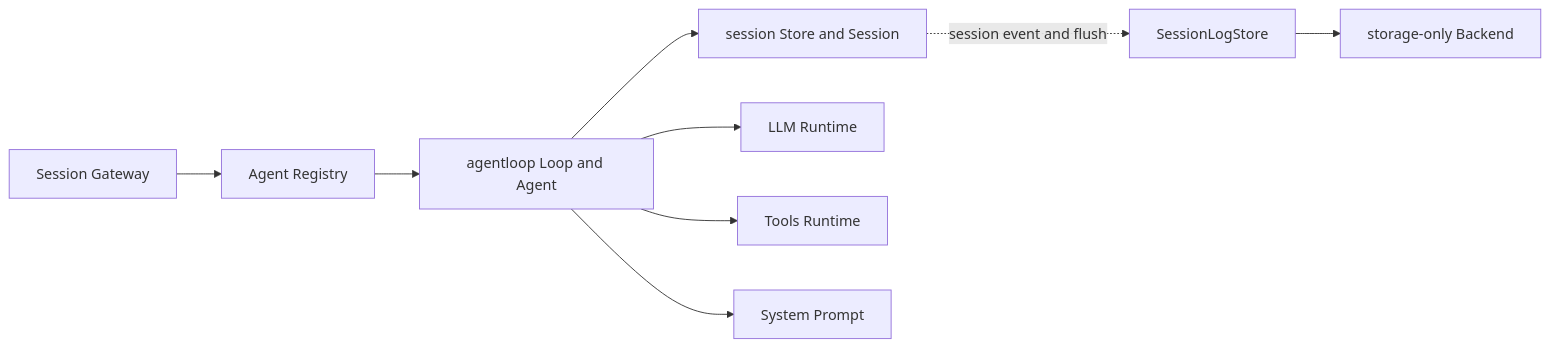
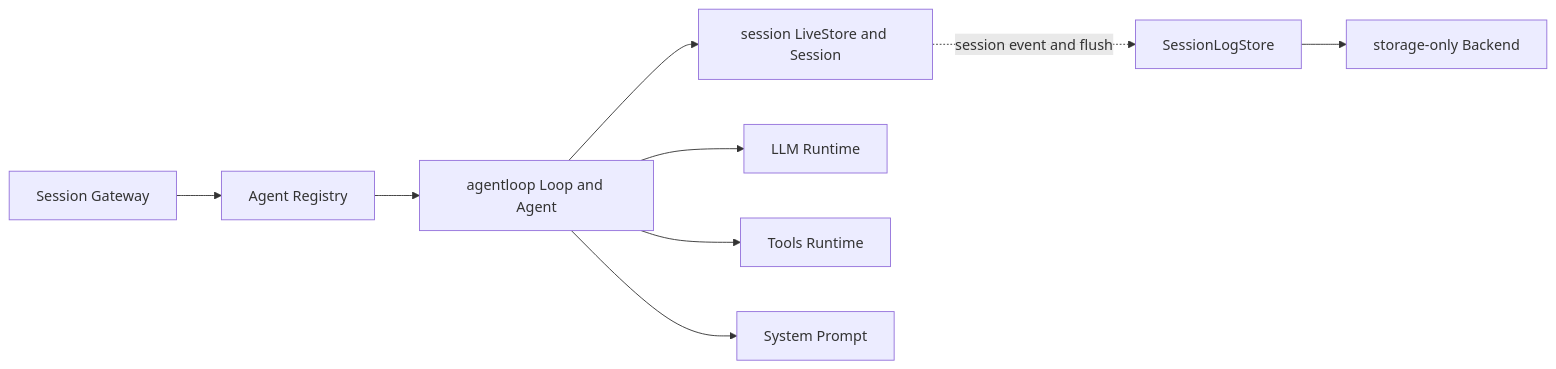
The first of 2 diagrams in agentloop/README.zh-CN.md (gorenx/goren), drawn with Mermaid before and after one commit. The commit also changed other lines of this file and 27 other files, not shown here.

````diff
--- a/agentloop/README.zh-CN.md
+++ b/agentloop/README.zh-CN.md
@@ -19,11 +19,11 @@
 ```mermaid
 flowchart LR
     API[Session Gateway] --> REG[Agent Registry]
     REG --> LOOP[agentloop Loop and Agent]
-    LOOP --> S[session Store and Session]
+    LOOP --> S[session LiveStore and Session]
     LOOP --> L[LLM Runtime]
     LOOP --> T[Tools Runtime]
     LOOP --> P[System Prompt]
     S -. session event and flush .-> D[SessionLogStore]
     D --> B[storage-only Backend]
 ```
````
